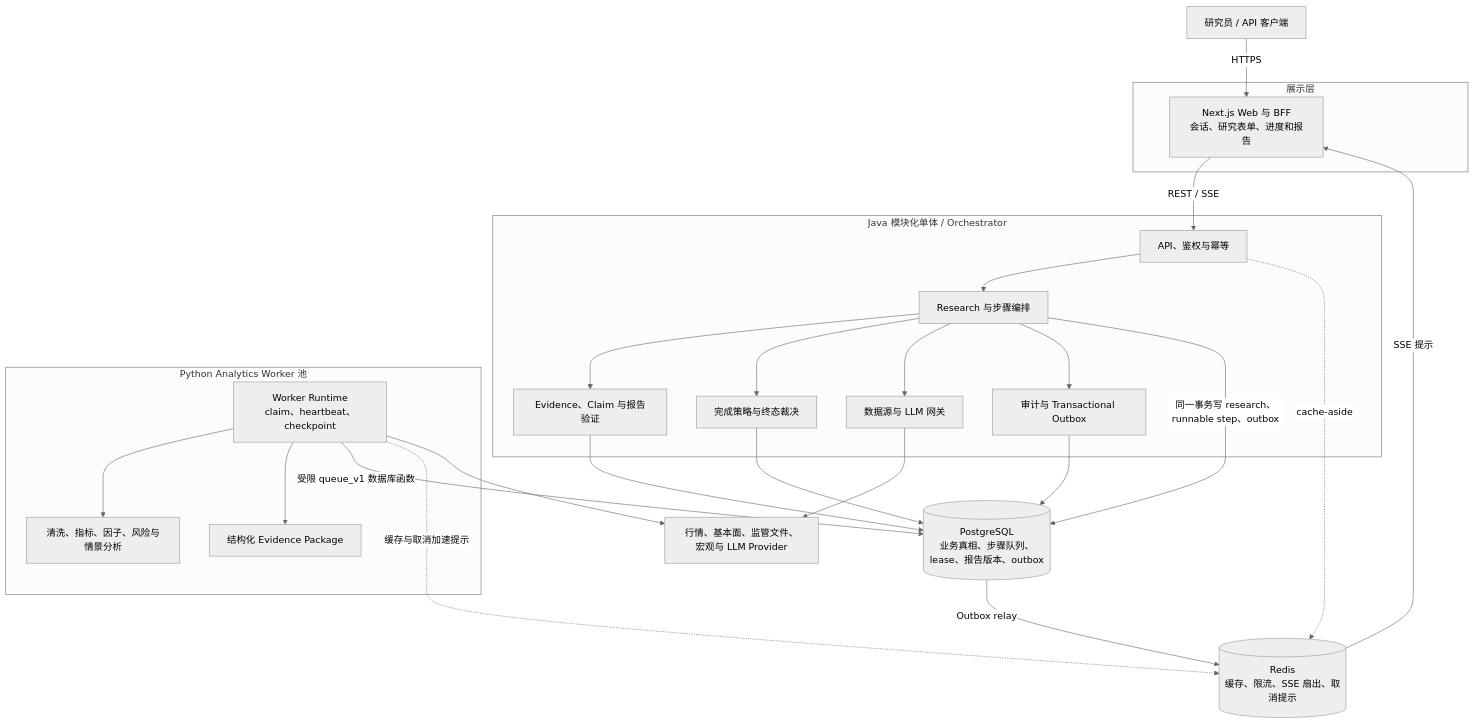
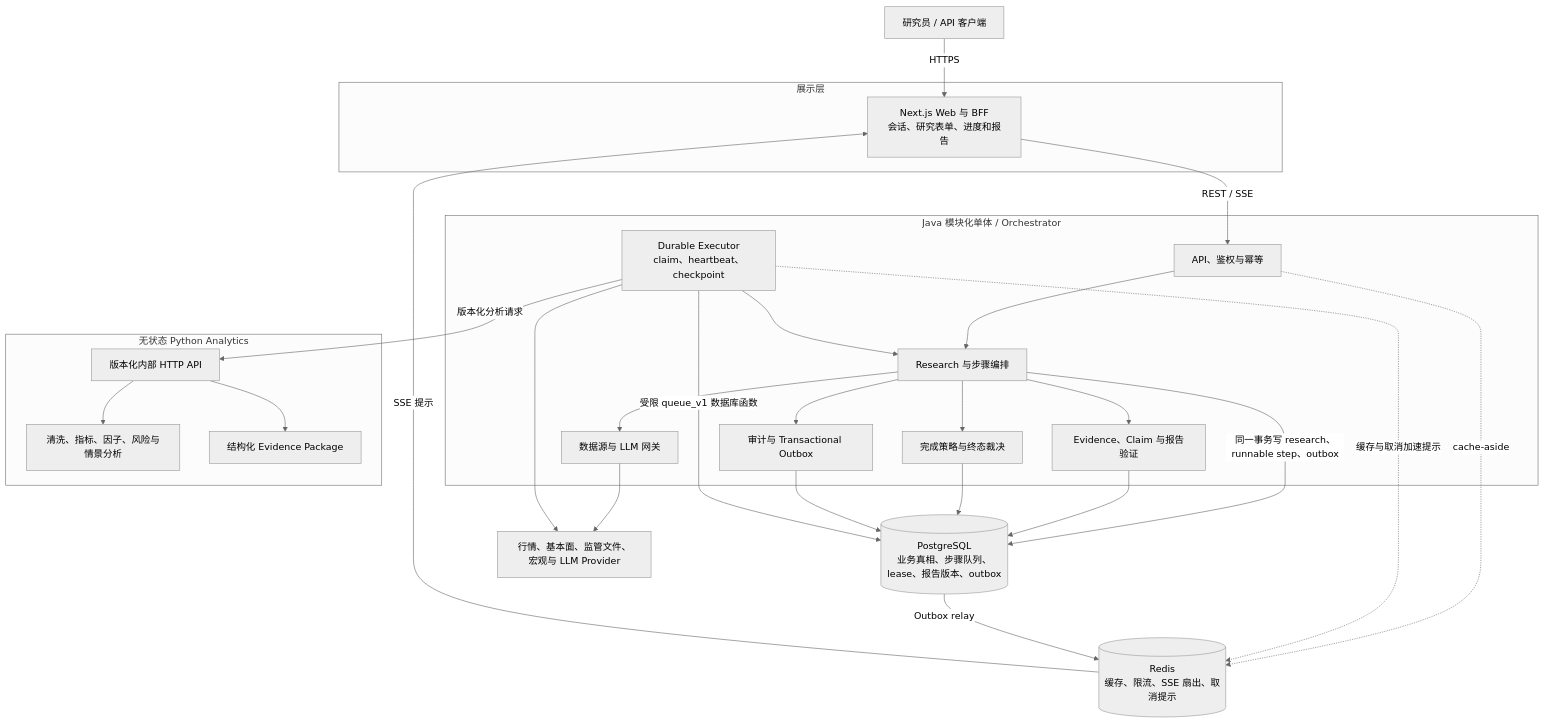
One commit to wubokai/AI-reserch changed the diagram in docs/architecture.md. Above: the diagram before and after it, drawn with Mermaid (neutral theme). The commit also changed other lines of this file and 28 other files, not shown here.

````diff
--- a/docs/architecture.md
+++ b/docs/architecture.md
@@ -24,48 +24,51 @@
 ```mermaid
 flowchart TB
     USER["研究员 / API 客户端"]
 
     subgraph WEB["展示层"]
         NEXT["Next.js Web 与 BFF<br/>会话、研究表单、进度和报告"]
     end
 
     subgraph JAVA["Java 模块化单体 / Orchestrator"]
         API["API、鉴权与幂等"]
+        EXECUTOR["Durable Executor<br/>claim、heartbeat、checkpoint"]
         RESEARCH["Research 与步骤编排"]
         EVIDENCE["Evidence、Claim 与报告验证"]
         GATEWAY["数据源与 LLM 网关"]
         FINALIZER["完成策略与终态裁决"]
         OUTBOX["审计与 Transactional Outbox"]
     end
 
-    subgraph PYTHON["Python Analytics Worker 池"]
-        RUNTIME["Worker Runtime<br/>claim、heartbeat、checkpoint"]
+    subgraph PYTHON["无状态 Python Analytics"]
+        RUNTIME["版本化内部 HTTP API"]
         QUANT["清洗、指标、因子、风险与情景分析"]
         PACKAGE["结构化 Evidence Package"]
         RUNTIME --> QUANT
         RUNTIME --> PACKAGE
     end
 
     PG[("PostgreSQL<br/>业务真相、步骤队列、lease、报告版本、outbox")]
     REDIS[("Redis<br/>缓存、限流、SSE 扇出、取消提示")]
     PROVIDERS["行情、基本面、监管文件、宏观与 LLM Provider"]
 
     USER -->|"HTTPS"| NEXT
     NEXT -->|"REST / SSE"| API
     API --> RESEARCH
+    EXECUTOR --> RESEARCH
     RESEARCH --> EVIDENCE
     RESEARCH --> FINALIZER
     RESEARCH --> GATEWAY
     RESEARCH --> OUTBOX
     RESEARCH -->|"同一事务写 research、runnable step、outbox"| PG
     EVIDENCE --> PG
     FINALIZER --> PG
     OUTBOX --> PG
     API -.->|"cache-aside"| REDIS
     GATEWAY --> PROVIDERS
-    RUNTIME -->|"受限 queue_v1 数据库函数"| PG
-    RUNTIME -.->|"缓存与取消加速提示"| REDIS
-    RUNTIME --> PROVIDERS
+    EXECUTOR -->|"受限 queue_v1 数据库函数"| PG
+    EXECUTOR -.->|"缓存与取消加速提示"| REDIS
+    EXECUTOR --> PROVIDERS
+    EXECUTOR -->|"版本化分析请求"| RUNTIME
     PG -->|"Outbox relay"| REDIS
     REDIS -->|"SSE 提示"| NEXT
 ```
````
